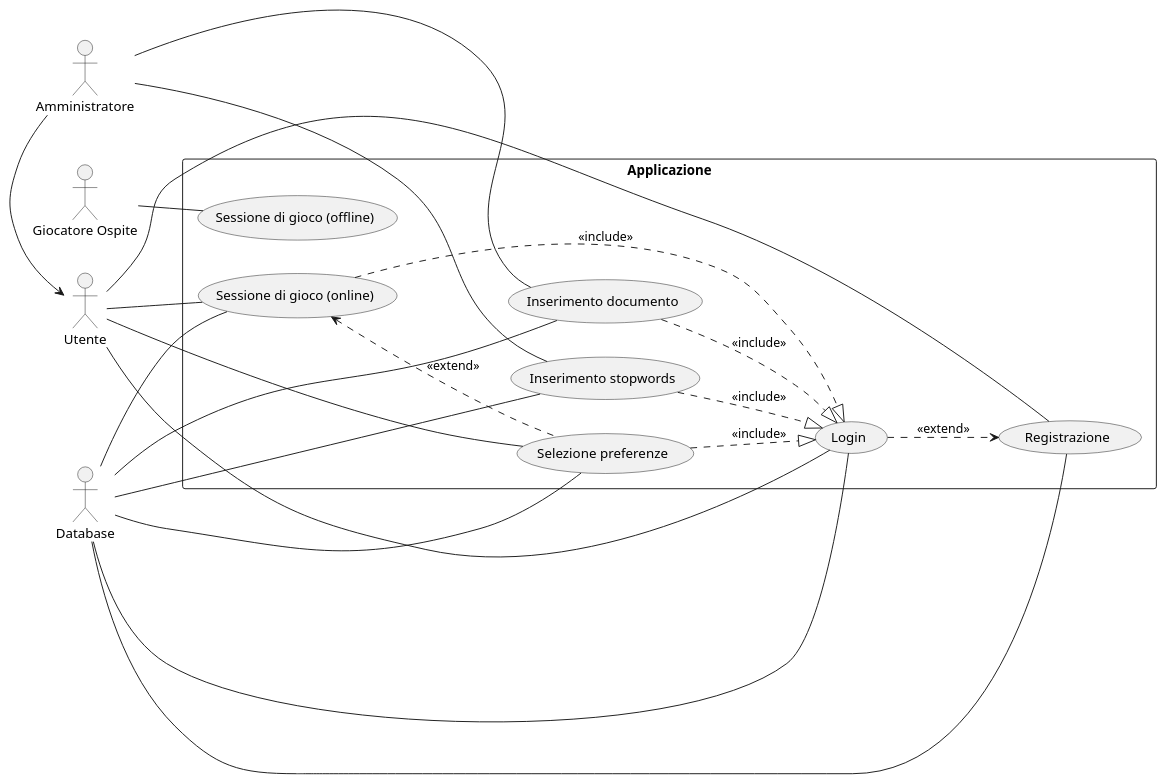
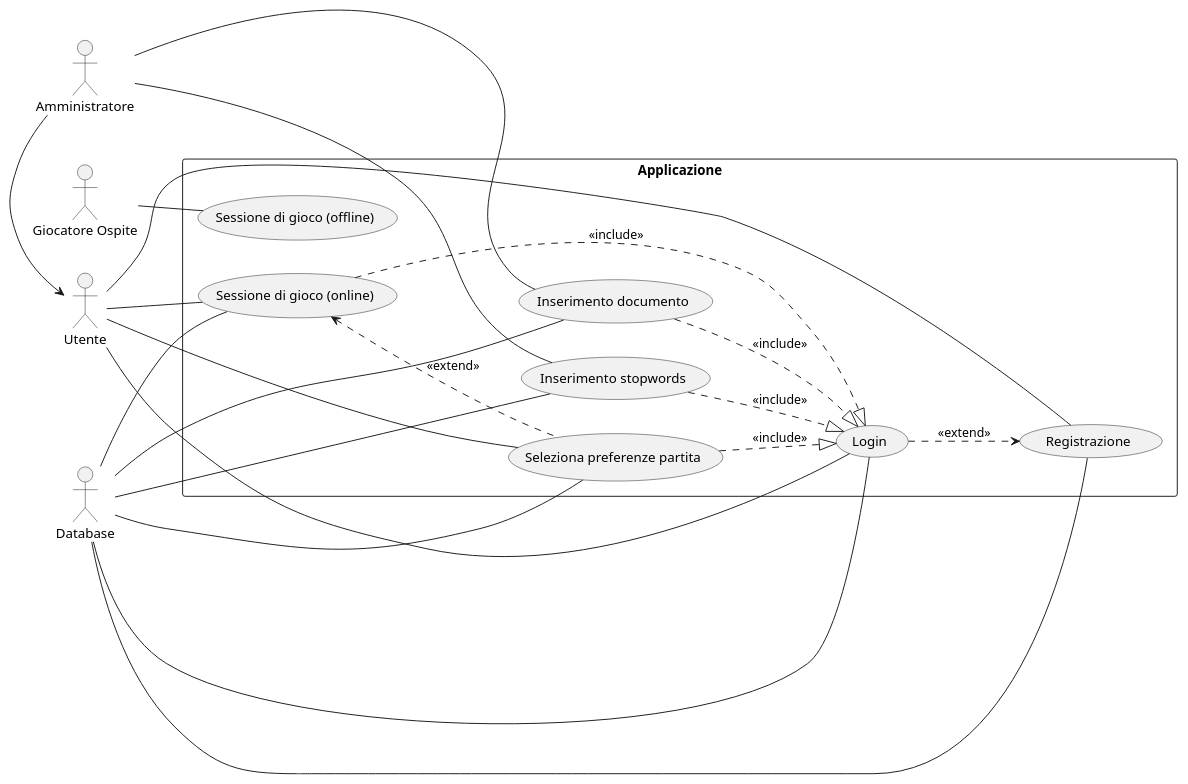
One commit to CupoMeridio/Wordageddon-G17 changed the diagram in src/main/resources/UML/Casi d'uso.puml. Above: the diagram before and after it, drawn with PlantUML.

Commit message:
modifica casi d'uso

```diff
--- a/src/main/resources/UML/Casi d'uso.puml
+++ b/src/main/resources/UML/Casi d'uso.puml
@@ -1,62 +1,62 @@
 @startuml
 
 skinparam packageStyle rectangle
 skinparam nodesep 100  // Aumenta lo spazio verticale tra i nodi
 skinparam ranksep 100  // Aumenta lo spazio orizzontale tra i nodi
 
 left to right direction
 actor Utente
 Amministratore-> Utente
 
 
 
 
 actor "Giocatore Ospite" as Ospite 
 actor Database 
 
 rectangle Applicazione {
   usecase "Login" as UC1
   usecase "Registrazione" as UC2
   usecase "Inserimento documento" as UC3
   usecase "Inserimento stopwords" as UC4
   usecase "Sessione di gioco (online)" as UC5
   usecase "Sessione di gioco (offline)" as UC6
-  usecase "Selezione preferenze" as UC7
+  usecase "Seleziona preferenze partita" as UC7
   
    UC5 <.. UC7 : <<extend>>
   UC1 ..> UC2 : <<extend>>
   
   UC3 ..|> UC1 : <<include>>
   UC4 ..|> UC1 : <<include>>
   UC5 ..|> UC1 : <<include>>
   UC7 ..|> UC1 : <<include>>
   
 }
 
 Utente -- UC1
 Database -- UC1
 
 Utente -- UC2
 Database -- UC2
 
 
 
 
 Amministratore -- UC3
 Database -- UC3
 
 Amministratore -- UC4
 Database -- UC4
 
 
 
 Ospite -- UC6
 
 Utente -- UC7
 Database -- UC7
 Utente -- UC5
 Database -- UC5
 
 
 
 @enduml
```
